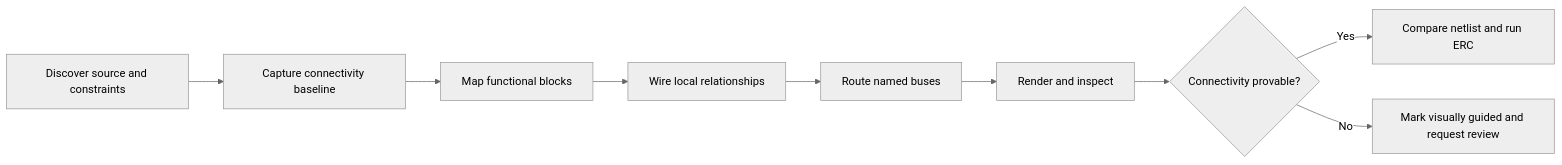
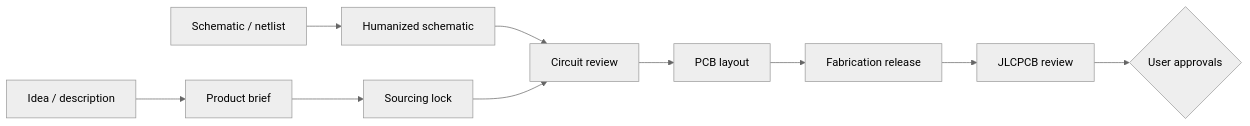
One commit to Keitark/pcba-design-skills changed the diagram in README.md. Above: the diagram before and after it, drawn with Mermaid (neutral theme). The commit also changed other lines of this file and 93 other files, not shown here.

````diff
--- a/README.md
+++ b/README.md
@@ -39,11 +49,12 @@
 ```mermaid
 flowchart LR
-    A["Discover source and constraints"] --> B["Capture connectivity baseline"]
-    B --> C["Map functional blocks"]
-    C --> D["Wire local relationships"]
-    D --> E["Route named buses"]
-    E --> F["Render and inspect"]
-    F --> G{"Connectivity provable?"}
-    G -->|Yes| H["Compare netlist and run ERC"]
-    G -->|No| I["Mark visually guided and request review"]
+    A["Idea / description"] --> B["Product brief"]
+    N["Schematic / netlist"] --> H["Humanized schematic"]
+    B --> S["Sourcing lock"]
+    H --> C["Circuit review"]
+    S --> C
+    C --> L["PCB layout"]
+    L --> R["Fabrication release"]
+    R --> J["JLCPCB review"]
+    J --> G{"User approvals"}
 ```
````
